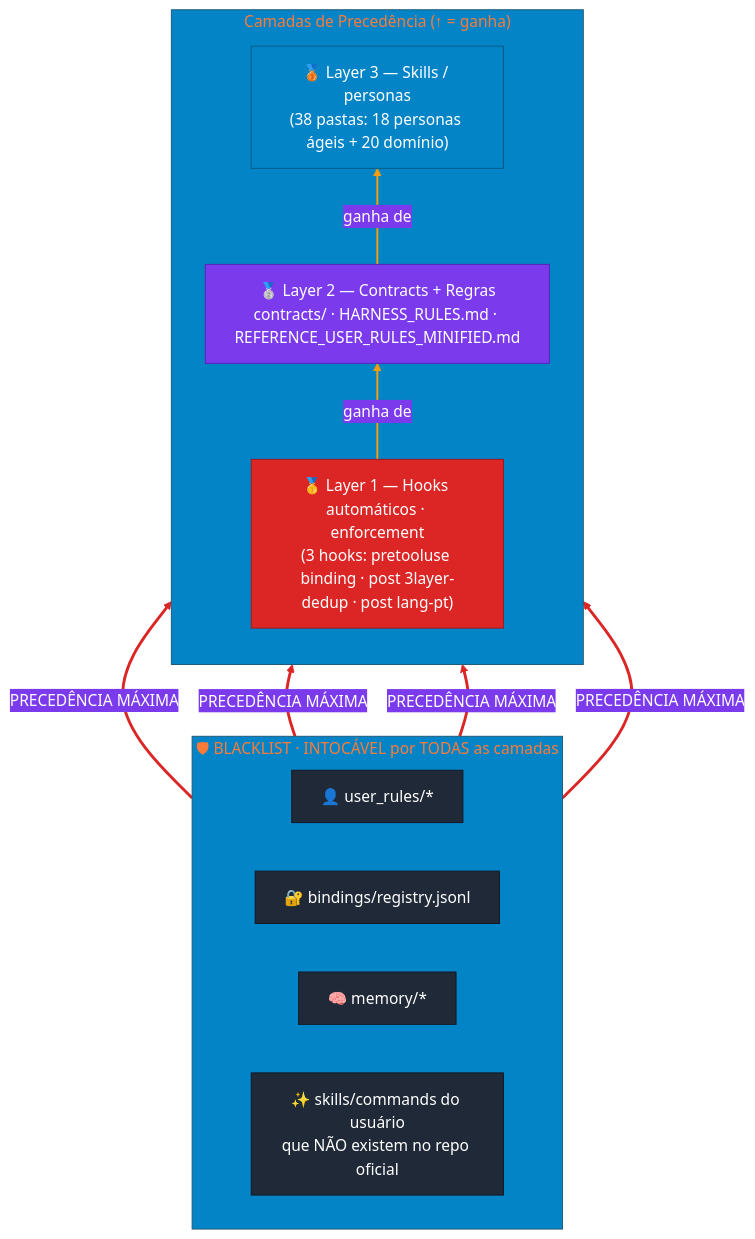
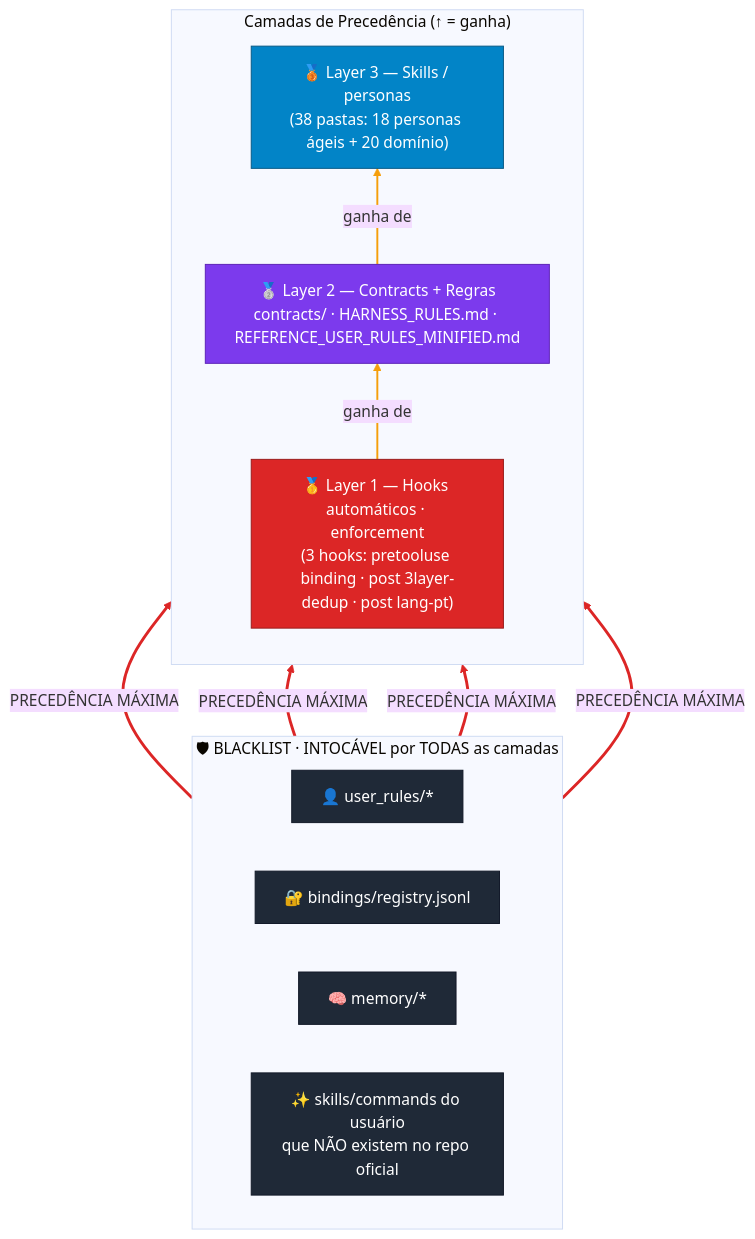
The second of 3 diagrams in README.md (laionazeredo/che-ai), drawn with Mermaid before and after one commit. The commit also changed other lines of this file and 1 other file, not shown here.

First line of the commit message:
docs(harness): fix mermaid diagram renders + document Node.js graph engines fallback chain

````diff
--- a/README.md
+++ b/README.md
@@ -144,39 +156,36 @@
 ```mermaid
-%%{init: {'theme':'base', 'themeVariables': {
-  'primaryColor':'#0f172a','primaryTextColor':'#fff',
-  'lineColor':'#475569','secondaryColor':'#7c3aed','tertiaryColor':'#0284c7'
-}}}%%
+%%{init: {'theme':'base'}}%%
 flowchart BT
     subgraph BL["🛡 BLACKLIST · INTOCÁVEL por TODAS as camadas"]
       direction LR
       U[👤 user_rules/*]
       B[🔐 bindings/registry.jsonl]
       M[🧠 memory/*]
       C[✨ skills/commands do usuário\nque NÃO existem no repo oficial]
     end
 
     subgraph Layers["Camadas de Precedência (↑ = ganha)"]
       direction BT
       L3["🥉 Layer 3 — Skills / personas\n(38 pastas: 18 personas ágeis + 20 domínio)"]
       L2["🥈 Layer 2 — Contracts + Regras\ncontracts/ · HARNESS_RULES.md · REFERENCE_USER_RULES_MINIFIED.md"]
       L1["🥇 Layer 1 — Hooks automáticos · enforcement\n(3 hooks: pretooluse binding · post 3layer-dedup · post lang-pt)"]
     end
 
     U & B & M & C -- PRECEDÊNCIA MÁXIMA --> L1
     L1 -- ganha de --> L2
     L2 -- ganha de --> L3
     linkStyle 0 stroke:#DC2626,stroke-width:3px
     linkStyle 1 stroke:#DC2626,stroke-width:3px
     linkStyle 2 stroke:#DC2626,stroke-width:3px
     linkStyle 3 stroke:#DC2626,stroke-width:3px
     linkStyle 4 stroke:#F59E0B,stroke-width:2px
     linkStyle 5 stroke:#F59E0B,stroke-width:2px
     classDef black fill:#1F2937,stroke:#111827,color:#fff
     class U,B,M,C black
     classDef hook fill:#DC2626,stroke:#991B1B,color:#fff
     classDef contract fill:#7C3AED,stroke:#5B21B6,color:#fff
     classDef skill fill:#0284C7,stroke:#075985,color:#fff
     class L1 hook
     class L2 contract
     class L3 skill
 ```
````
